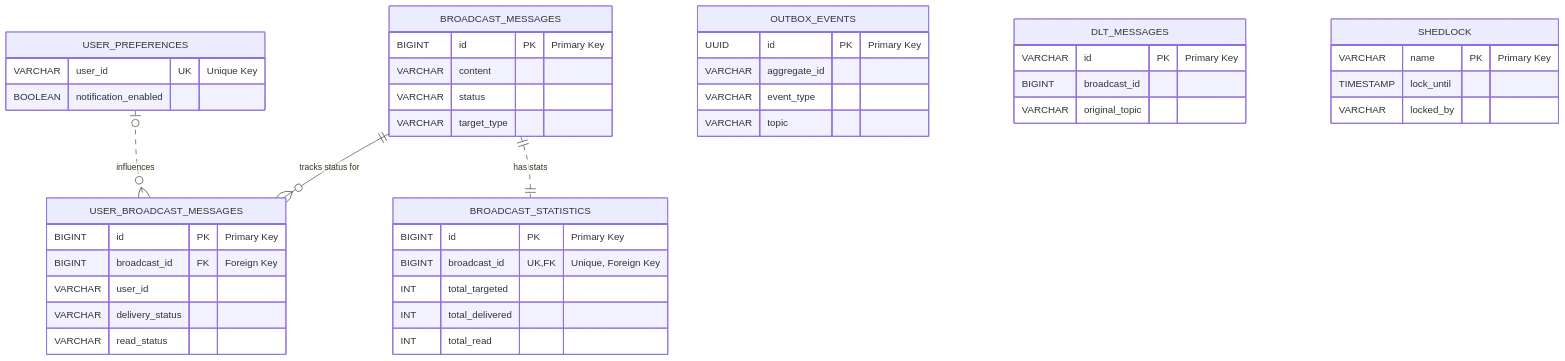
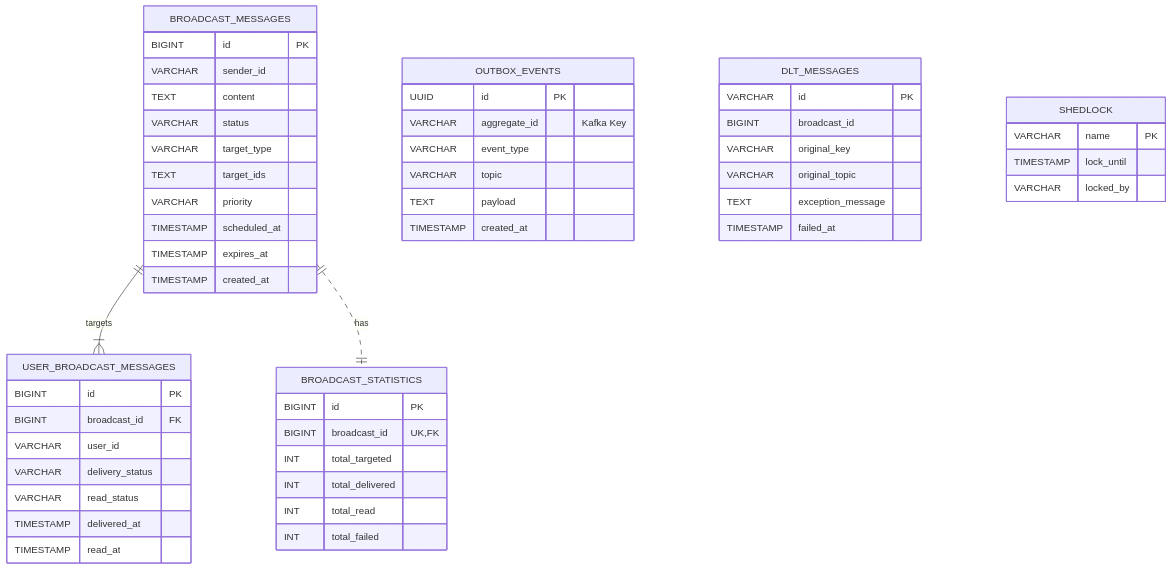
One commit to rsrini7/Notification-SSE-GLM-Flux changed the diagram in MermaidDiagrams/er-db-tables.mmd. Above: the diagram before and after it, drawn with Mermaid. The commit also changed 8 other files, not shown here.

First line of the commit message:
docs: update architecture diagrams and DTO definitions

```diff
--- a/MermaidDiagrams/er-db-tables.mmd
+++ b/MermaidDiagrams/er-db-tables.mmd
@@ -1,51 +1,59 @@
 erDiagram
     BROADCAST_MESSAGES {
-        BIGINT id PK "Primary Key"
-        VARCHAR content
+        BIGINT id PK
+        VARCHAR sender_id
+        TEXT content
         VARCHAR status
         VARCHAR target_type
-    }
-
-    USER_PREFERENCES {
-        VARCHAR user_id UK "Unique Key"
-        BOOLEAN notification_enabled
+        TEXT target_ids
+        VARCHAR priority
+        TIMESTAMP scheduled_at
+        TIMESTAMP expires_at
+        TIMESTAMP created_at
     }
 
     USER_BROADCAST_MESSAGES {
-        BIGINT id PK "Primary Key"
-        BIGINT broadcast_id FK "Foreign Key"
+        BIGINT id PK
+        BIGINT broadcast_id FK
         VARCHAR user_id
         VARCHAR delivery_status
         VARCHAR read_status
+        TIMESTAMP delivered_at
+        TIMESTAMP read_at
     }
 
     BROADCAST_STATISTICS {
-        BIGINT id PK "Primary Key"
-        BIGINT broadcast_id UK, FK "Unique, Foreign Key"
+        BIGINT id PK
+        BIGINT broadcast_id UK, FK
         INT total_targeted
         INT total_delivered
         INT total_read
+        INT total_failed
     }
 
     OUTBOX_EVENTS {
-        UUID id PK "Primary Key"
-        VARCHAR aggregate_id
+        UUID id PK
+        VARCHAR aggregate_id "Kafka Key"
         VARCHAR event_type
         VARCHAR topic
+        TEXT payload
+        TIMESTAMP created_at
     }
 
     DLT_MESSAGES {
-        VARCHAR id PK "Primary Key"
+        VARCHAR id PK
         BIGINT broadcast_id
+        VARCHAR original_key
         VARCHAR original_topic
+        TEXT exception_message
+        TIMESTAMP failed_at
     }
 
     SHEDLOCK {
-        VARCHAR name PK "Primary Key"
+        VARCHAR name PK
         TIMESTAMP lock_until
         VARCHAR locked_by
     }
 
-    BROADCAST_MESSAGES ||--o{ USER_BROADCAST_MESSAGES : "tracks status for"
-    BROADCAST_MESSAGES ||..|| BROADCAST_STATISTICS : "has stats"
-    USER_PREFERENCES |o..o{ USER_BROADCAST_MESSAGES : "influences"
+    BROADCAST_MESSAGES ||--|{ USER_BROADCAST_MESSAGES : "targets"
+    BROADCAST_MESSAGES ||..|| BROADCAST_STATISTICS : "has"
```
